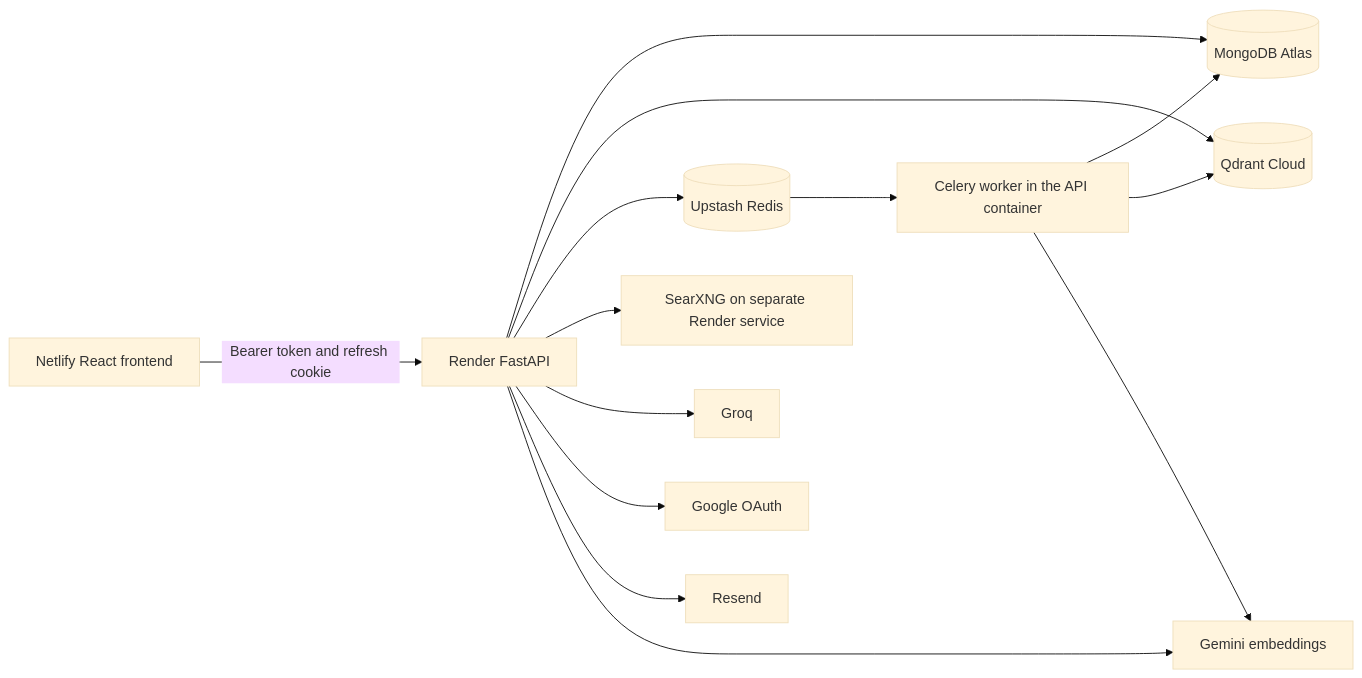
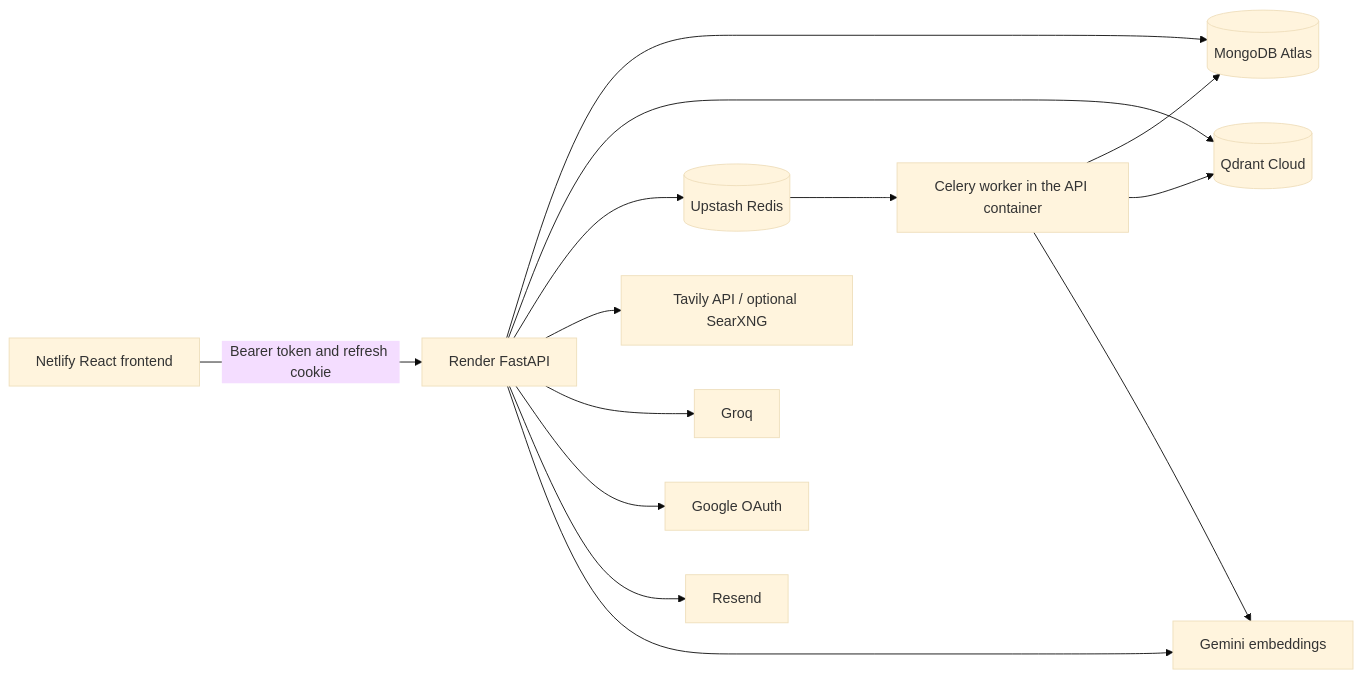
One commit to akhhilreddy/AskLaw changed the first of 2 diagrams in README.md. Above: the diagram before and after it, drawn with Mermaid (base theme). The commit also changed other lines of this file and 26 other files, not shown here.

````diff
--- a/README.md
+++ b/README.md
@@ -73,16 +91,16 @@
 ```mermaid
 flowchart LR
     Browser[Netlify React frontend] -->|Bearer token and refresh cookie| API[Render FastAPI]
     API --> Mongo[(MongoDB Atlas)]
     API --> Qdrant[(Qdrant Cloud)]
     API --> Redis[(Upstash Redis)]
     Redis --> Worker[Celery worker in the API container]
     Worker --> Mongo
     Worker --> Qdrant
-    API --> Search[SearXNG on separate Render service]
+    API --> Search[Tavily API / optional SearXNG]
     API --> Groq[Groq]
     API --> Google[Google OAuth]
     API --> Resend[Resend]
     API --> Gemini[Gemini embeddings]
     Worker --> Gemini
 ```
````
